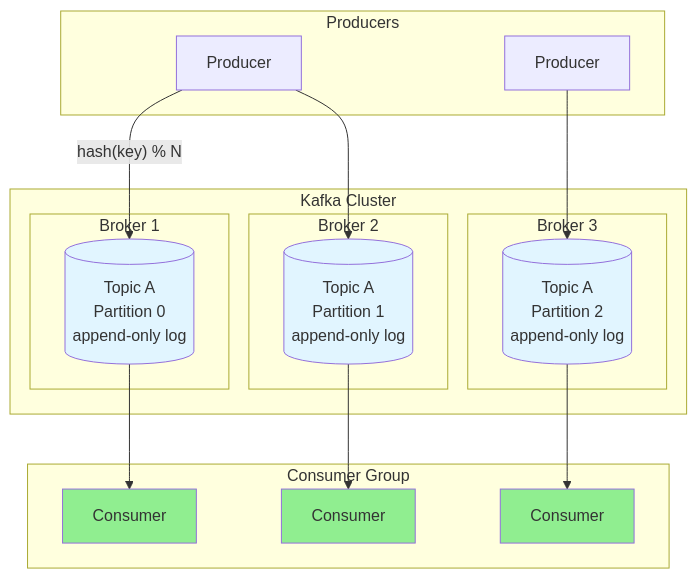
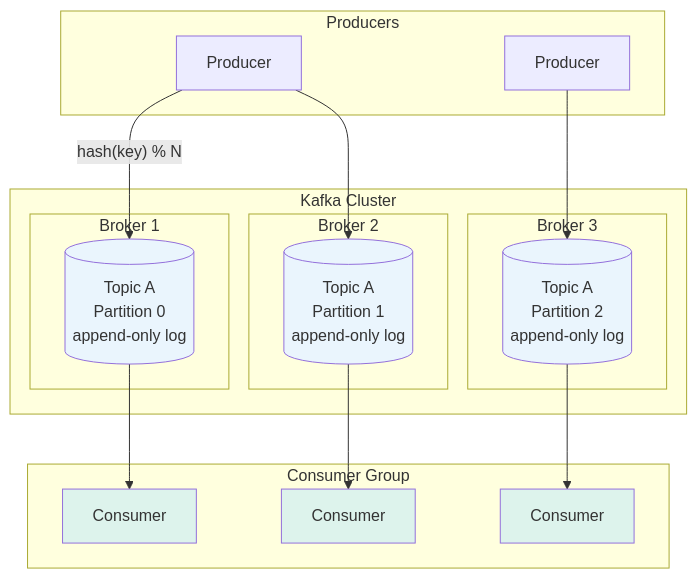
Before and after one commit to cartmancodes/InterviewVault: the first of 2 diagrams in LLD/SystemDesign/DeepDives/Kafka.md, drawn with Mermaid. The commit also changed other lines of this file and 679 other files, not shown here.

Commit message:
Unify content diagrams and add accessible visual walkthroughs

````diff
--- a/LLD/SystemDesign/DeepDives/Kafka.md
+++ b/LLD/SystemDesign/DeepDives/Kafka.md
@@ -82,39 +82,39 @@
 ```mermaid
 graph TB
     subgraph "Producers"
         P1[Producer]
         P2[Producer]
     end
 
     subgraph "Kafka Cluster"
         subgraph "Broker 1"
             PA0[("Topic A<br/>Partition 0<br/>append-only log")]
         end
         subgraph "Broker 2"
             PA1[("Topic A<br/>Partition 1<br/>append-only log")]
         end
         subgraph "Broker 3"
             PA2[("Topic A<br/>Partition 2<br/>append-only log")]
         end
     end
 
     subgraph "Consumer Group"
         C1[Consumer]
         C2[Consumer]
         C3[Consumer]
     end
 
     P1 -->|"hash(key) % N"| PA0
     P1 --> PA1
     P2 --> PA2
     PA0 --> C1
     PA1 --> C2
     PA2 --> C3
 
-    style PA0 fill:#e1f5ff
-    style PA1 fill:#e1f5ff
-    style PA2 fill:#e1f5ff
-    style C1 fill:#90EE90
-    style C2 fill:#90EE90
-    style C3 fill:#90EE90
+    style PA0 fill:#EAF5FD
+    style PA1 fill:#EAF5FD
+    style PA2 fill:#EAF5FD
+    style C1 fill:#DDF3EC
+    style C2 fill:#DDF3EC
+    style C3 fill:#DDF3EC
 ```
````
